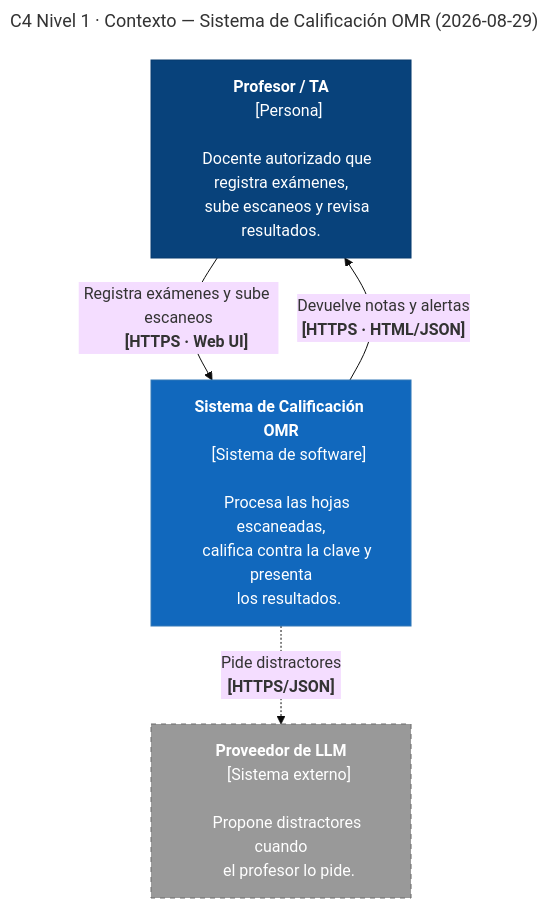
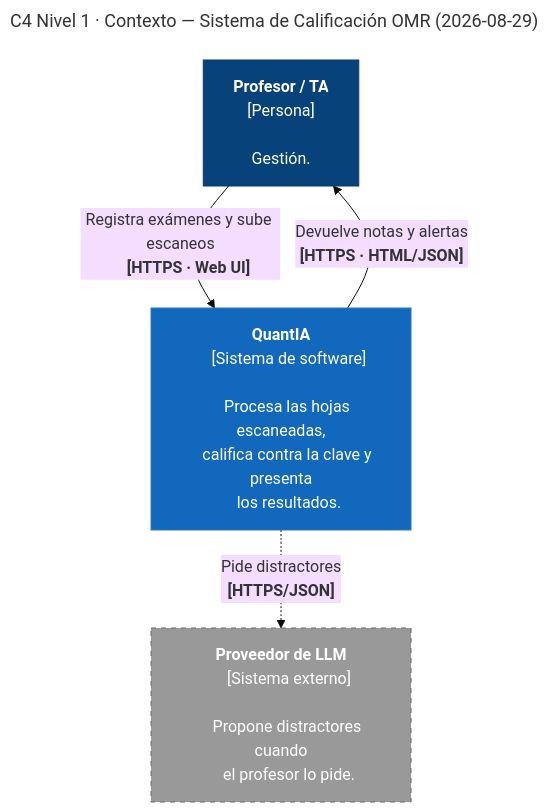
One commit to ISCOUTB/AS_202620_Sistema-de-calificacion-automatica changed the diagram in docs/c4/doc-c4.md. Above: the diagram before and after it, drawn with Mermaid (base theme).

Commit message:
Update system name and remove docente description
Removed description of 'Docente autorizado' and updated system name to 'QuantIA'.

````diff
--- a/docs/c4/doc-c4.md
+++ b/docs/c4/doc-c4.md
@@ -28,39 +28,38 @@
 ```mermaid
 ---
 title: "C4 Nivel 1 · Contexto — Sistema de Calificación OMR (2026-08-29)"
 ---
 flowchart TB
     profesor["<b>Profesor / TA</b>
     [Persona]
 
-    Docente autorizado que registra exámenes,
-    sube escaneos y revisa resultados."]
+    Gestión."]
 
-    sistema["<b>Sistema de Calificación OMR</b>
+    sistema["<b>QuantIA</b>
     [Sistema de software]
 
     Procesa las hojas escaneadas,
     califica contra la clave y presenta
     los resultados."]
 
     llm["<b>Proveedor de LLM</b>
     [Sistema externo]
 
     Propone distractores cuando
     el profesor lo pide."]
 
     profesor -->|"Registra exámenes y sube escaneos
     <b>[HTTPS · Web UI]</b>"| sistema
     sistema -->|"Devuelve notas y alertas
     <b>[HTTPS · HTML/JSON]</b>"| profesor
     sistema -.->|"Pide distractores
     <b>[HTTPS/JSON]</b>"| llm
 
     classDef person fill:#08427B,stroke:#073B6F,color:#ffffff
     classDef system fill:#1168BD,stroke:#3379B7,color:#ffffff
     classDef external fill:#999999,stroke:#6B6B6B,color:#ffffff,stroke-dasharray: 5 5
 
     class profesor person
     class sistema system
     class llm external
 ```
````
